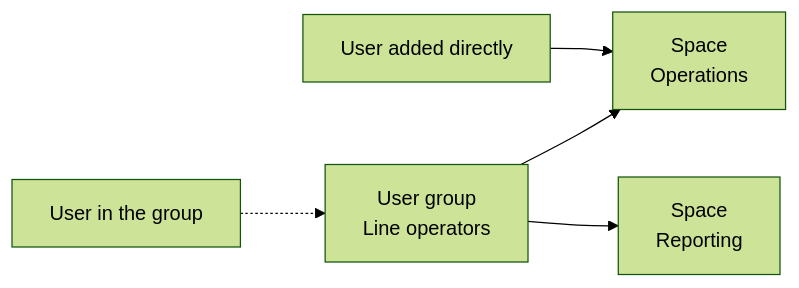
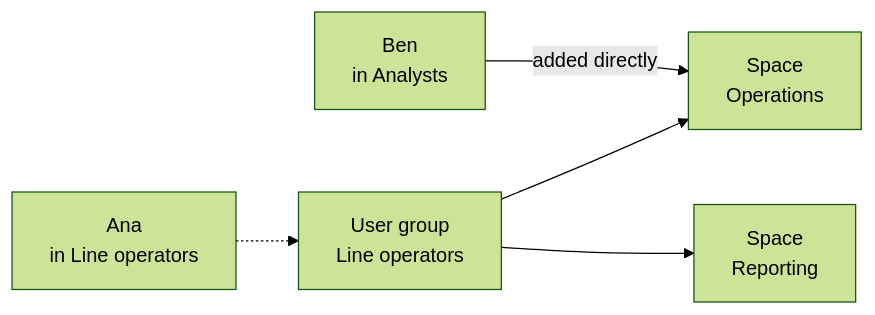
One commit to quixio/quix-docs changed the diagram in docs/quix-cloud/spaces/membership.md. Above: the diagram before and after it, drawn with Mermaid (forest theme). The commit also changed other lines of this file and 8 other files, not shown here.

````diff
--- a/docs/quix-cloud/spaces/membership.md
+++ b/docs/quix-cloud/spaces/membership.md
@@ -27,7 +19,7 @@
 ```mermaid
 flowchart LR
     G["User group<br/>Line operators"] --> S1["Space<br/>Operations"]
-    U1["User in the group"] -.-> G
-    U2["User added directly"] --> S1
     G --> S2["Space<br/>Reporting"]
+    U1["Ana<br/>in Line operators"] -.-> G
+    U2["Ben<br/>in Analysts"] -->|"added directly"| S1
 ```
````
